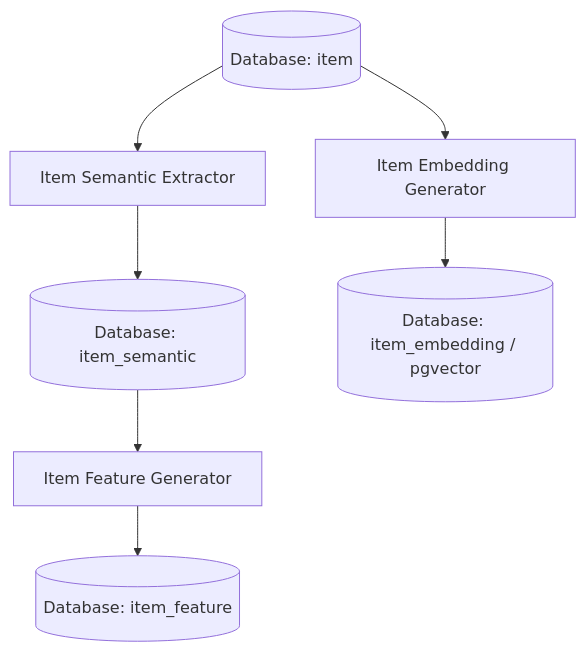
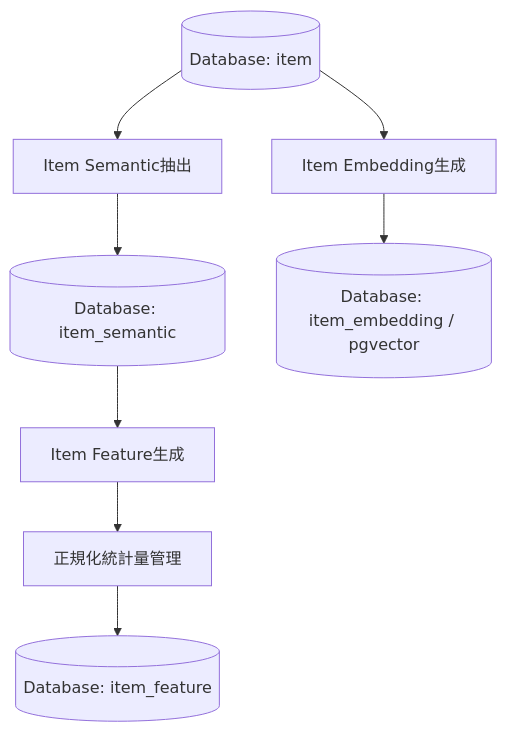
Before and after one commit to ryo-chan-k6/GiftRecommendAPP_MVP_CYCLE_3: the third of 3 diagrams in docs/05_アプリケーション設計/アプリ/機能一覧.md, drawn with Mermaid. The commit also changed other lines of this file, not shown here.

````diff
--- a/docs/05_アプリケーション設計/アプリ/機能一覧.md
+++ b/docs/05_アプリケーション設計/アプリ/機能一覧.md
@@ -622,9 +757,10 @@
 ```mermaid
 flowchart TD
-    A[(Database: item)] --> B[Item Semantic Extractor]
+    A[(Database: item)] --> B[Item Semantic抽出]
     B --> C[(Database: item_semantic)]
-    C --> D[Item Feature Generator]
-    D --> E[(Database: item_feature)]
-    A --> F[Item Embedding Generator]
-    F --> G[(Database: item_embedding / pgvector)]
+    C --> D[Item Feature生成]
+    D --> E[正規化統計量管理]
+    E --> F[(Database: item_feature)]
+    A --> G[Item Embedding生成]
+    G --> H[(Database: item_embedding / pgvector)]
 ```
````
